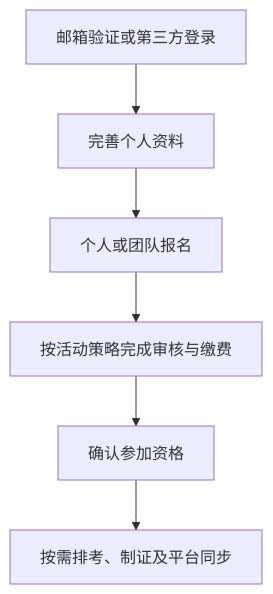
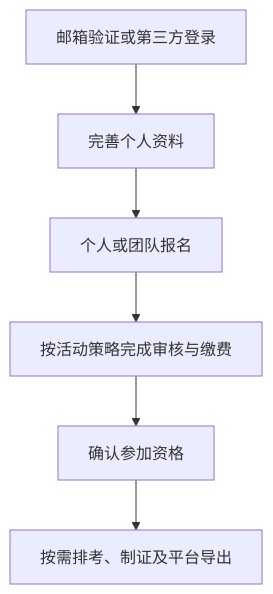
One commit to Albert-Li-Sz/NXOPA-RegSYS changed the diagram in README.md. Above: the diagram before and after it, drawn with Mermaid. The commit also changed other lines of this file and 98 other files, not shown here.

````diff
--- a/README.md
+++ b/README.md
@@ -101,8 +101,8 @@
 ```mermaid
 flowchart TD
     A[邮箱验证或第三方登录] --> B[完善个人资料]
     B --> C[个人或团队报名]
     C --> D[按活动策略完成审核与缴费]
     D --> E[确认参加资格]
-    E --> F[按需排考、制证及平台同步]
+    E --> F[按需排考、制证及平台导出]
 ```
````
